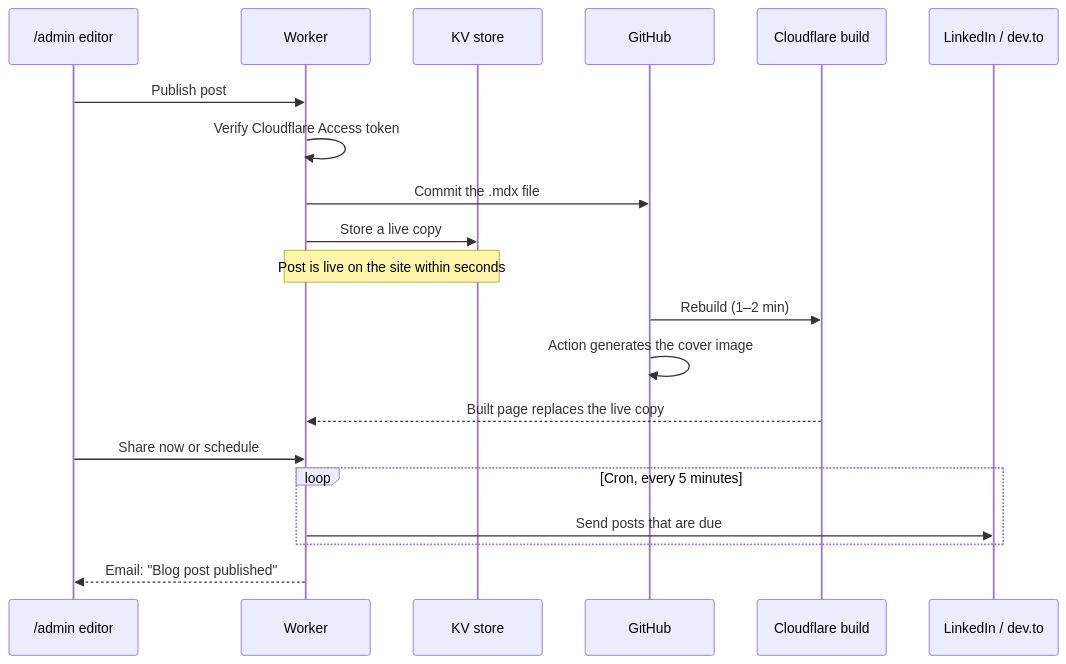
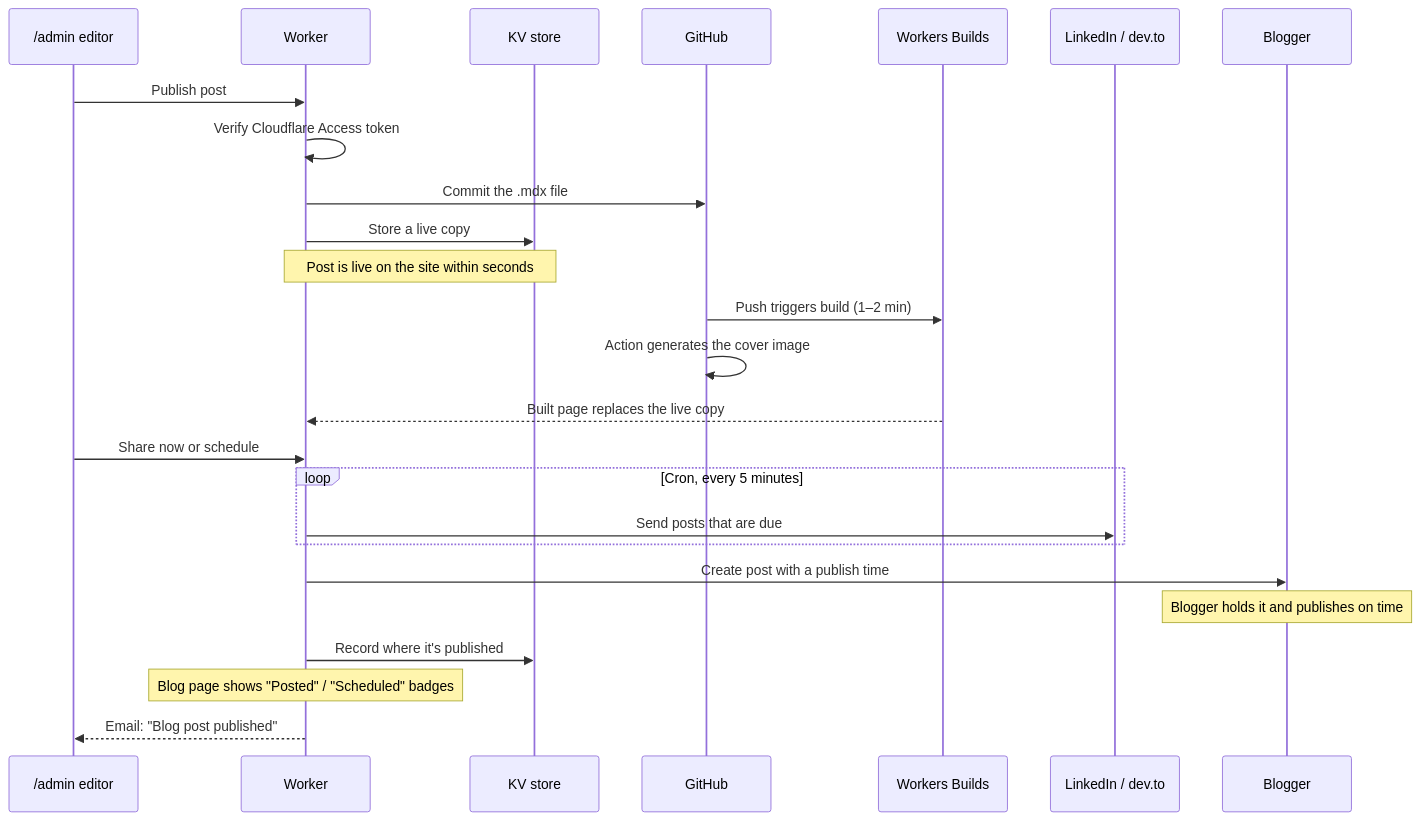
The second of 4 diagrams in README.md (SUMAN-24/suman-portfolio-showcase), drawn with Mermaid before and after one commit. The commit also changed other lines of this file and 11 other files, not shown here.

Commit message:
Update showcase: Blogger, résumé manager, homepage editor, new screenshots and architecture

````diff
--- a/README.md
+++ b/README.md
@@ -239,23 +293,28 @@
 ```mermaid
 sequenceDiagram
   participant Me as /admin editor
   participant W as Worker
   participant KV as KV store
   participant GH as GitHub
-  participant CF as Cloudflare build
+  participant CF as Workers Builds
   participant Ext as LinkedIn / dev.to
+  participant BL as Blogger
 
   Me->>W: Publish post
   W->>W: Verify Cloudflare Access token
   W->>GH: Commit the .mdx file
   W->>KV: Store a live copy
   Note over W,KV: Post is live on the site within seconds
-  GH->>CF: Rebuild (1–2 min)
+  GH->>CF: Push triggers build (1–2 min)
   GH->>GH: Action generates the cover image
   CF-->>W: Built page replaces the live copy
   Me->>W: Share now or schedule
   loop Cron, every 5 minutes
     W->>Ext: Send posts that are due
   end
+  W->>BL: Create post with a publish time
+  Note over BL: Blogger holds it and publishes on time
+  W->>KV: Record where it's published
+  Note over W: Blog page shows "Posted" / "Scheduled" badges
   W-->>Me: Email: "Blog post published"
 ```
````
